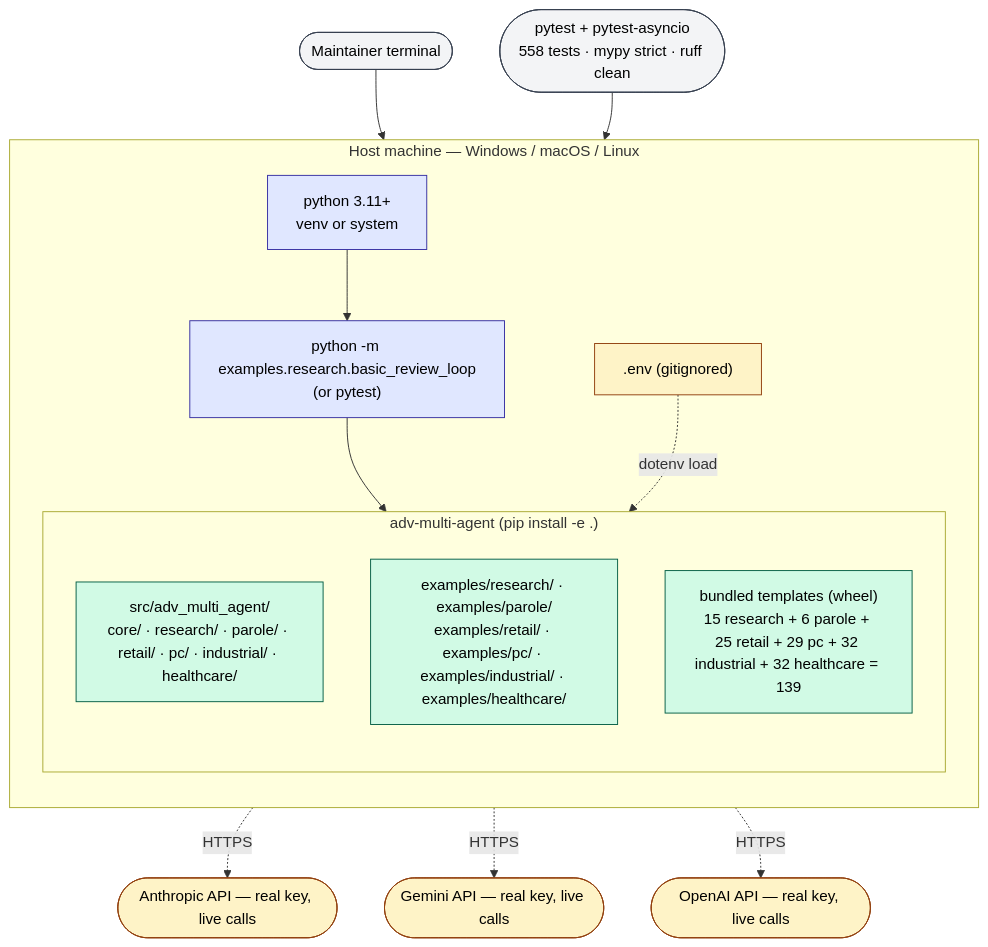
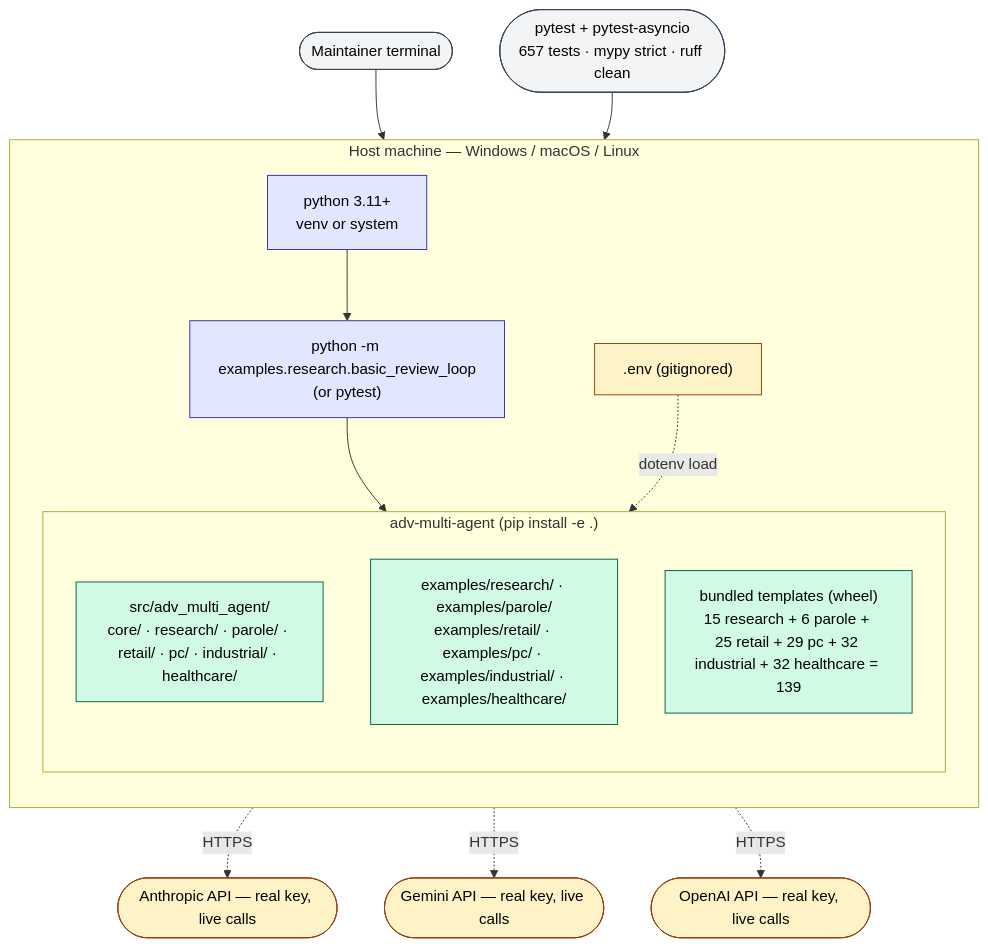
One commit to gmanch94/adversarial-multi-agent-lib changed the second of 2 diagrams in docs/deployment-architecture.md. Above: the diagram before and after it, drawn with Mermaid. The commit also changed other lines of this file and 3 other files, not shown here.

````diff
--- a/docs/deployment-architecture.md
+++ b/docs/deployment-architecture.md
@@ -135,37 +135,37 @@
 ```mermaid
 flowchart TB
     classDef proc fill:#e0e7ff,stroke:#3730a3,color:#000
     classDef lib fill:#d1fae5,stroke:#065f46,color:#000
     classDef ext fill:#fef3c7,stroke:#92400e,color:#000
     classDef user fill:#f3f4f6,stroke:#374151,color:#000
 
     Dev([Maintainer terminal]):::user
-    Pyt([pytest + pytest-asyncio<br/>558 tests · mypy strict · ruff clean]):::user
+    Pyt([pytest + pytest-asyncio<br/>657 tests · mypy strict · ruff clean]):::user
 
     subgraph Host["Host machine — Windows / macOS / Linux"]
         direction TB
         Py["python 3.11+<br/>venv or system"]:::proc
         EnvLocal[".env (gitignored)"]:::ext
         Example["python -m examples.research.basic_review_loop<br/>(or pytest)"]:::proc
 
         subgraph Pkg["adv-multi-agent (pip install -e .)"]
             direction TB
             Src["src/adv_multi_agent/<br/>core/ · research/ · parole/ · retail/ · pc/ · industrial/ · healthcare/"]:::lib
             Examples["examples/research/ · examples/parole/<br/>examples/retail/ · examples/pc/ · examples/industrial/ · examples/healthcare/"]:::lib
             SkillsDir["bundled templates (wheel)<br/>15 research + 6 parole + 25 retail + 29 pc + 32 industrial + 32 healthcare = 139"]:::lib
         end
     end
 
     Anthro([Anthropic API — real key, live calls]):::ext
     GeminiDev([Gemini API — real key, live calls]):::ext
     OAI([OpenAI API — real key, live calls]):::ext
 
     Dev --> Py
     Pyt --> Py
     Py --> Example
     Example --> Src
     EnvLocal -. dotenv load .-> Src
     Src -. HTTPS .-> Anthro
     Src -. HTTPS .-> GeminiDev
     Src -. HTTPS .-> OAI
 ```
````
